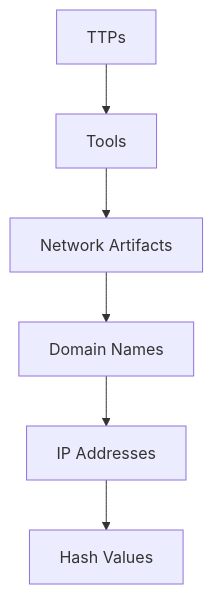
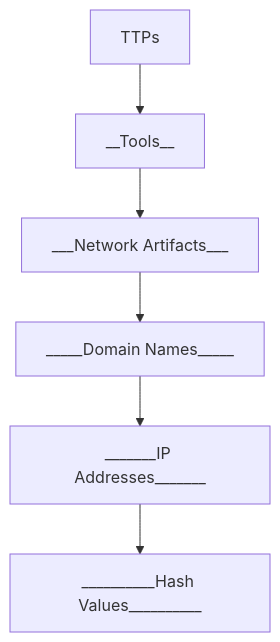
One commit to luke-mckeever/Cyber_Vault changed the diagram in Knowledge Articles/Pyramid of Pain.md. Above: the diagram before and after it, drawn with Mermaid.

Commit message:
Update Pyramid of Pain.md
configured diagram to look more like pyramid

````diff
--- a/Knowledge Articles/Pyramid of Pain.md
+++ b/Knowledge Articles/Pyramid of Pain.md
@@ -39,8 +39,8 @@
 ```mermaid
 graph TB
-  A[TTPs] --> B[Tools]
-  B --> C[Network Artifacts]
-  C --> D[Domain Names]
-  D --> E[IP Addresses]
-  E --> F[Hash Values]
+  A[TTPs] --> B[__Tools__]
+  B --> C[___Network Artifacts___]
+  C --> D[_____Domain Names_____]
+  D --> E[_______IP Addresses_______]
+  E --> F[__________Hash Values__________]
 ```
````
